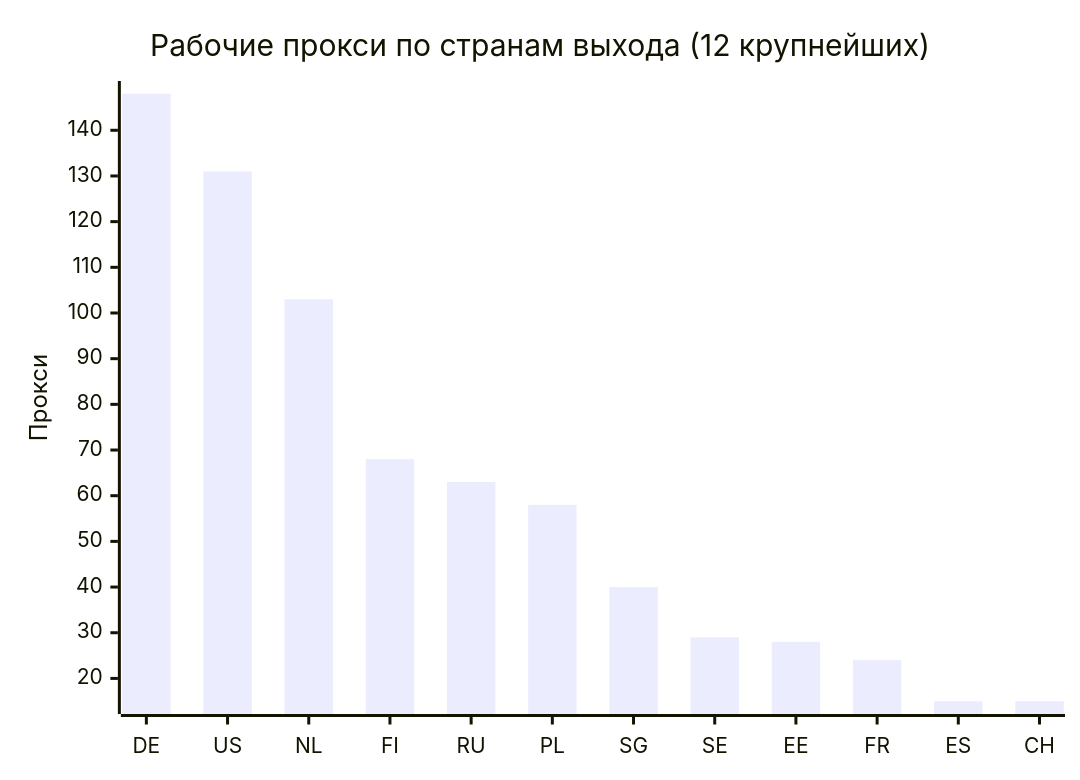
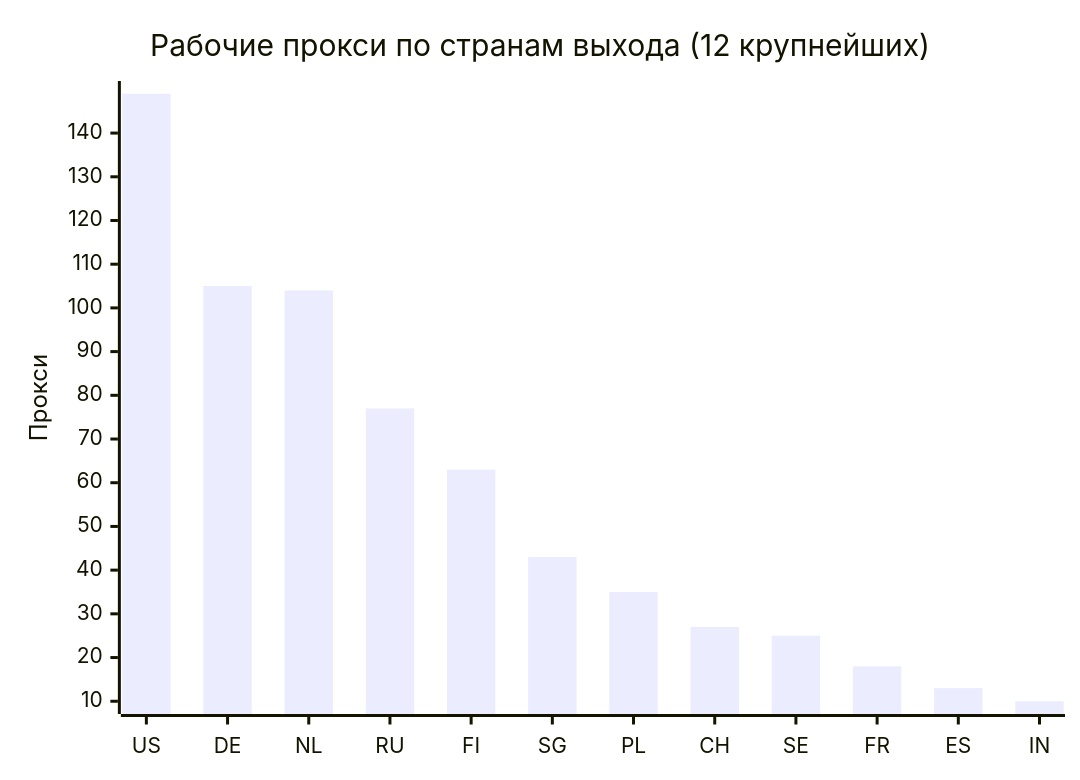
One commit to rvvg/proxy-subs changed the second of 4 diagrams in README.md. Above: the diagram before and after it, drawn with Mermaid. The commit also changed other lines of this file and 54 other files, not shown here.

````diff
--- a/README.md
+++ b/README.md
@@ -137,7 +129,7 @@
 ```mermaid
 xychart-beta
     title "Рабочие прокси по странам выхода (12 крупнейших)"
-    x-axis ["DE", "US", "NL", "FI", "RU", "PL", "SG", "SE", "EE", "FR", "ES", "CH"]
+    x-axis ["US", "DE", "NL", "RU", "FI", "SG", "PL", "CH", "SE", "FR", "ES", "IN"]
     y-axis "Прокси"
-    bar [148, 131, 103, 68, 63, 58, 40, 29, 28, 24, 15, 15]
+    bar [149, 105, 104, 77, 63, 43, 35, 27, 25, 18, 13, 10]
 ```
````
